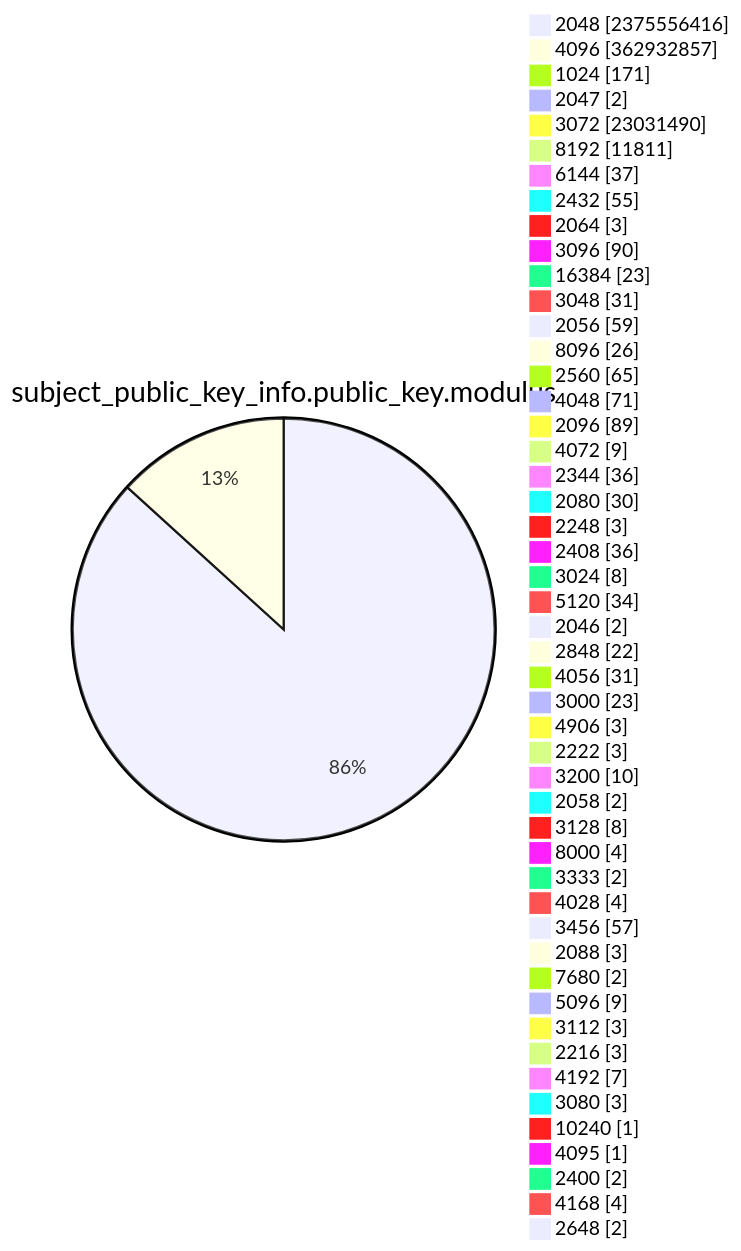
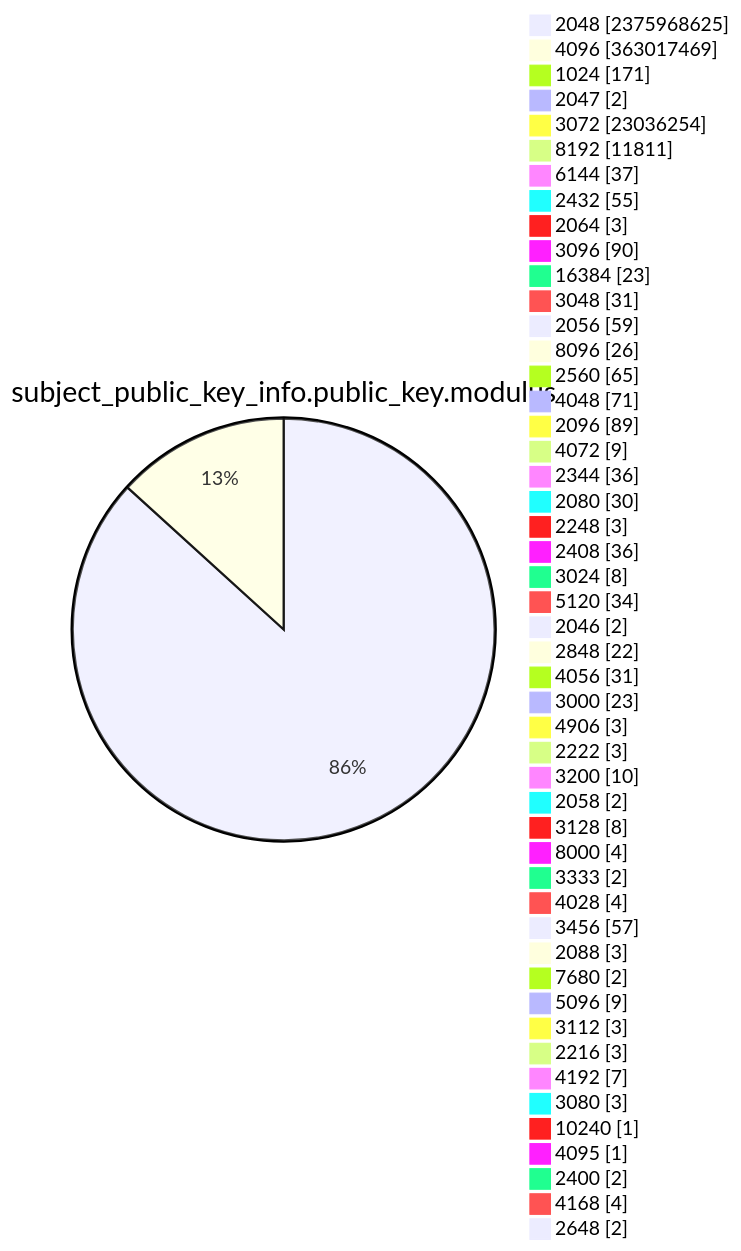
One commit to christiankrug/ctmonitor_visualization changed diagram 13 of 15 in TOTAL/README.md. Above: the diagram before and after it, drawn with Mermaid. The commit also changed other lines of this file, not shown here.

````diff
--- a/TOTAL/README.md
+++ b/TOTAL/README.md
@@ -4167,53 +4167,53 @@
 ```mermaid
 pie showData
 title subject_public_key_info.public_key.modulus
-"2048" :2375556416
-"4096" :362932857
+"2048" :2375968625
+"4096" :363017469
 "1024" :171
 "2047" :2
-"3072" :23031490
+"3072" :23036254
 "8192" :11811
 "6144" :37
 "2432" :55
 "2064" :3
 "3096" :90
 "16384" :23
 "3048" :31
 "2056" :59
 "8096" :26
 "2560" :65
 "4048" :71
 "2096" :89
 "4072" :9
 "2344" :36
 "2080" :30
 "2248" :3
 "2408" :36
 "3024" :8
 "5120" :34
 "2046" :2
 "2848" :22
 "4056" :31
 "3000" :23
 "4906" :3
 "2222" :3
 "3200" :10
 "2058" :2
 "3128" :8
 "8000" :4
 "3333" :2
 "4028" :4
 "3456" :57
 "2088" :3
 "7680" :2
 "5096" :9
 "3112" :3
 "2216" :3
 "4192" :7
 "3080" :3
 "10240" :1
 "4095" :1
 "2400" :2
 "4168" :4
 "2648" :2
 ```
````
